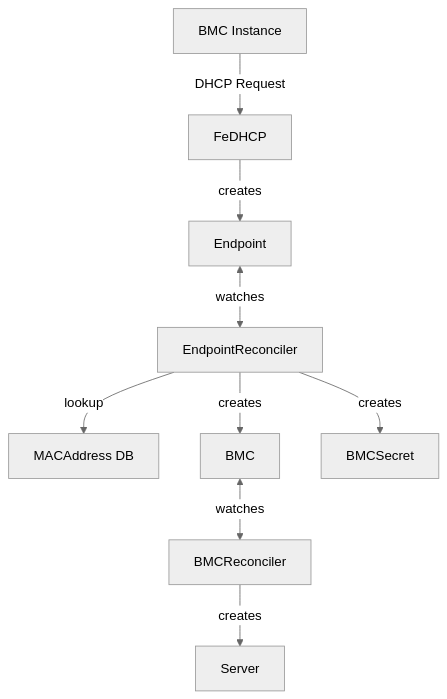
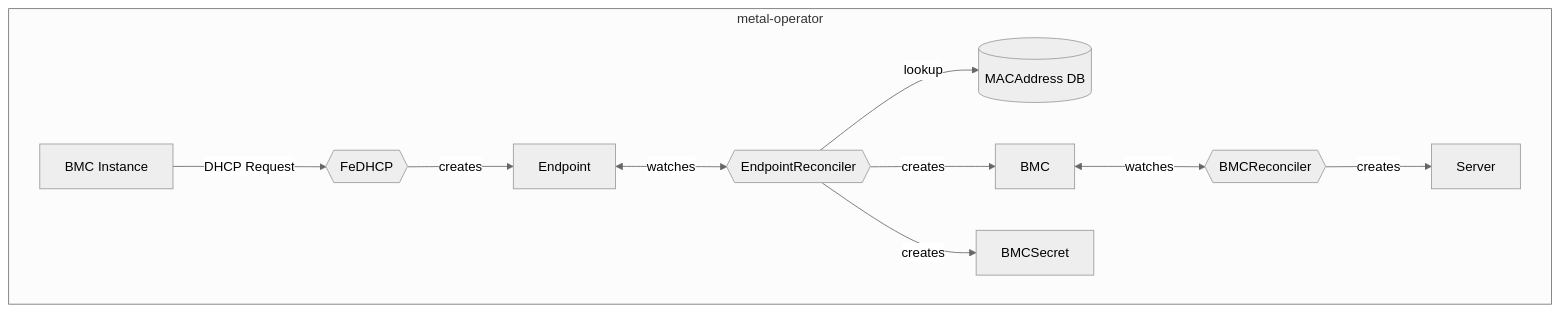
One commit to opensovereigncloud/docs changed the first of 2 diagrams in docs/baremetal/architecture/discovery.md. Above: the diagram before and after it, drawn with Mermaid (neutral theme). The commit also changed other lines of this file and 1 other file, not shown here.

Commit message:
Add BM provisioning documentation (#79)

````diff
--- a/docs/baremetal/architecture/discovery.md
+++ b/docs/baremetal/architecture/discovery.md
@@ -17,11 +17,13 @@
 ```mermaid
 graph TD
-    A[BMC Instance] -->|DHCP Request| B[FeDHCP]
-    B -->|creates| C[Endpoint]
-    C <-->|watches| D[EndpointReconciler]
-    D --> |lookup| E[MACAddress DB]
-    D -->|creates| F[BMC]
-    D -->|creates| G[BMCSecret]
-    F <-->|watches| H[BMCReconciler]
-    H -->|creates| J[Server]
+    subgraph metal-operator 
+       A[BMC Instance] -->|DHCP Request| B{{FeDHCP}}
+       B -->|creates| C[Endpoint]
+       C <-->|watches| D{{EndpointReconciler}}
+       D --> |lookup| E[(MACAddress DB)]
+       D -->|creates| F[BMC]
+       D -->|creates| G[BMCSecret]
+       F <-->|watches| H{{BMCReconciler}}
+       H -->|creates| J[Server]
+    end
 ```
````
